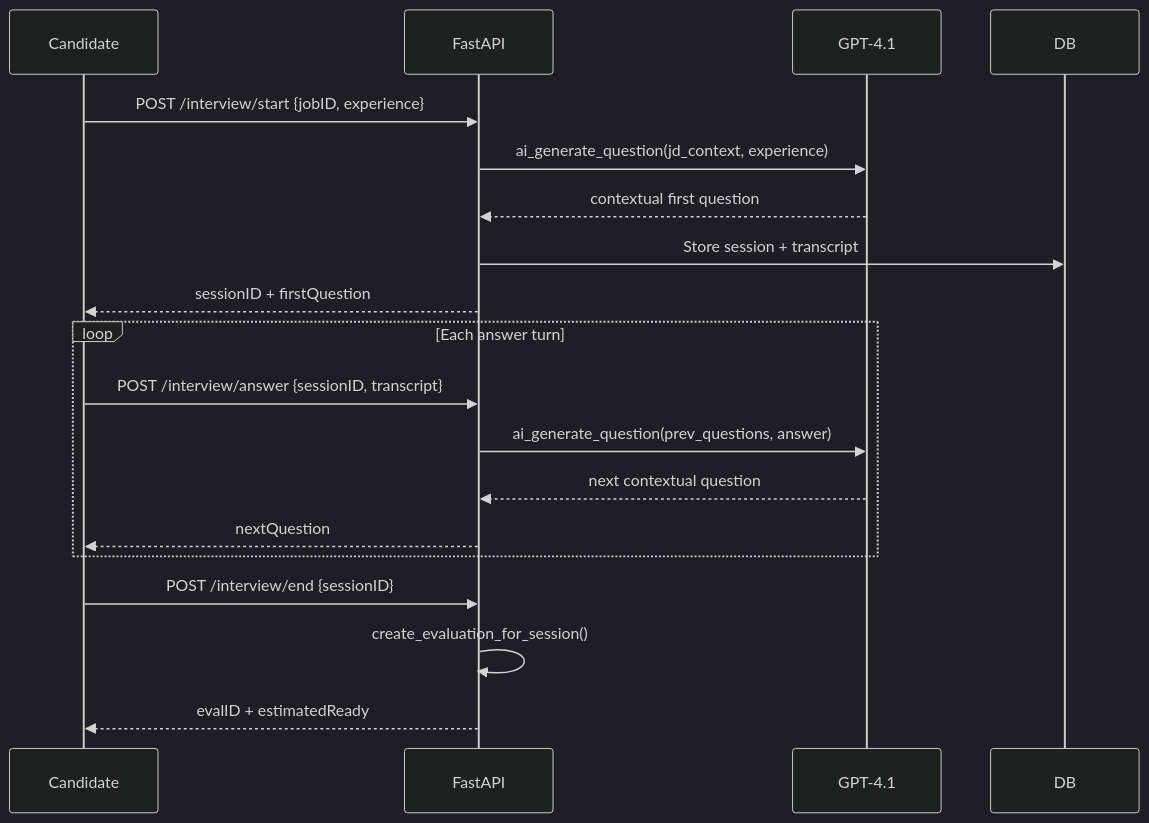
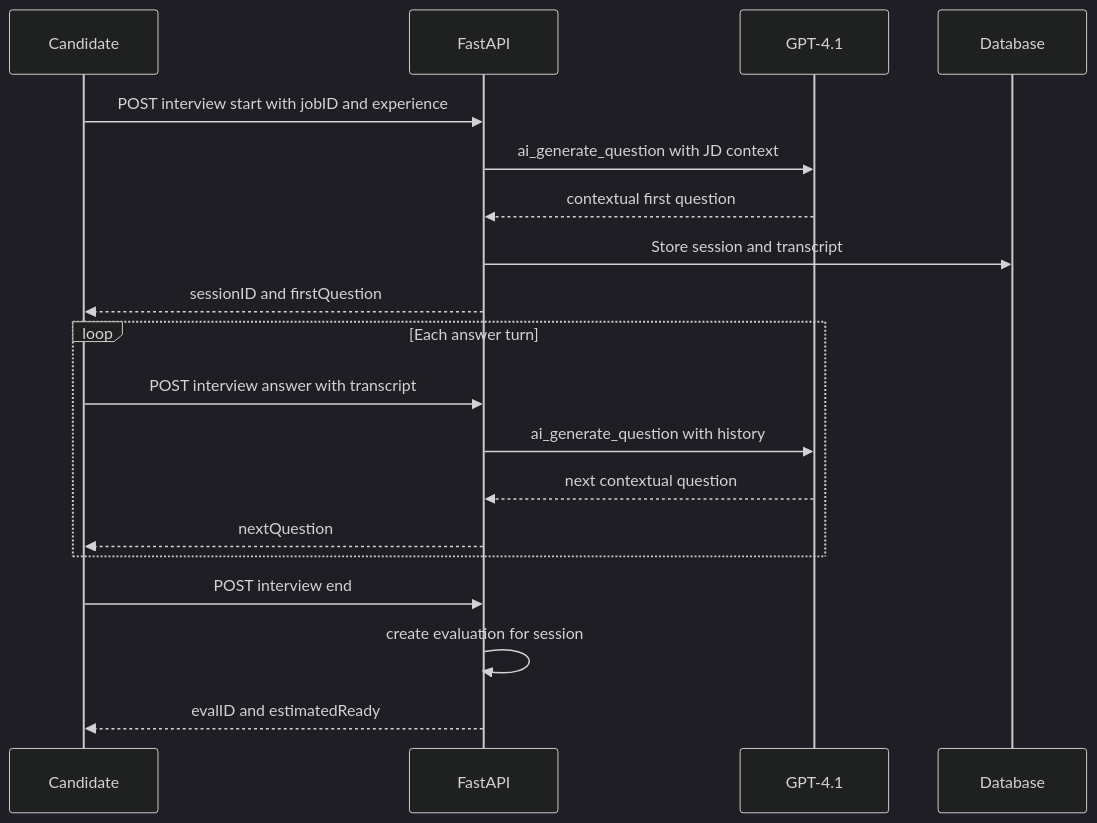
The third of 3 diagrams in README.md (Shreyyy07/Career-Connect-AI---Major-Project), drawn with Mermaid (dark theme) before and after one commit. The commit also changed other lines of this file, not shown here.

````diff
--- a/README.md
+++ b/README.md
@@ -164,23 +149,24 @@
 ```mermaid
 sequenceDiagram
     participant C as Candidate
     participant API as FastAPI
     participant GPT as GPT-4.1
+    participant DB as Database
 
-    C->>API: POST /interview/start {jobID, experience}
-    API->>GPT: ai_generate_question(jd_context, experience)
+    C->>API: POST interview start with jobID and experience
+    API->>GPT: ai_generate_question with JD context
     GPT-->>API: contextual first question
-    API->>DB: Store session + transcript
-    API-->>C: sessionID + firstQuestion
+    API->>DB: Store session and transcript
+    API-->>C: sessionID and firstQuestion
 
     loop Each answer turn
-        C->>API: POST /interview/answer {sessionID, transcript}
-        API->>GPT: ai_generate_question(prev_questions, answer)
+        C->>API: POST interview answer with transcript
+        API->>GPT: ai_generate_question with history
         GPT-->>API: next contextual question
         API-->>C: nextQuestion
     end
 
-    C->>API: POST /interview/end {sessionID}
-    API->>API: create_evaluation_for_session()
-    API-->>C: evalID + estimatedReady
+    C->>API: POST interview end
+    API->>API: create evaluation for session
+    API-->>C: evalID and estimatedReady
 ```
````
